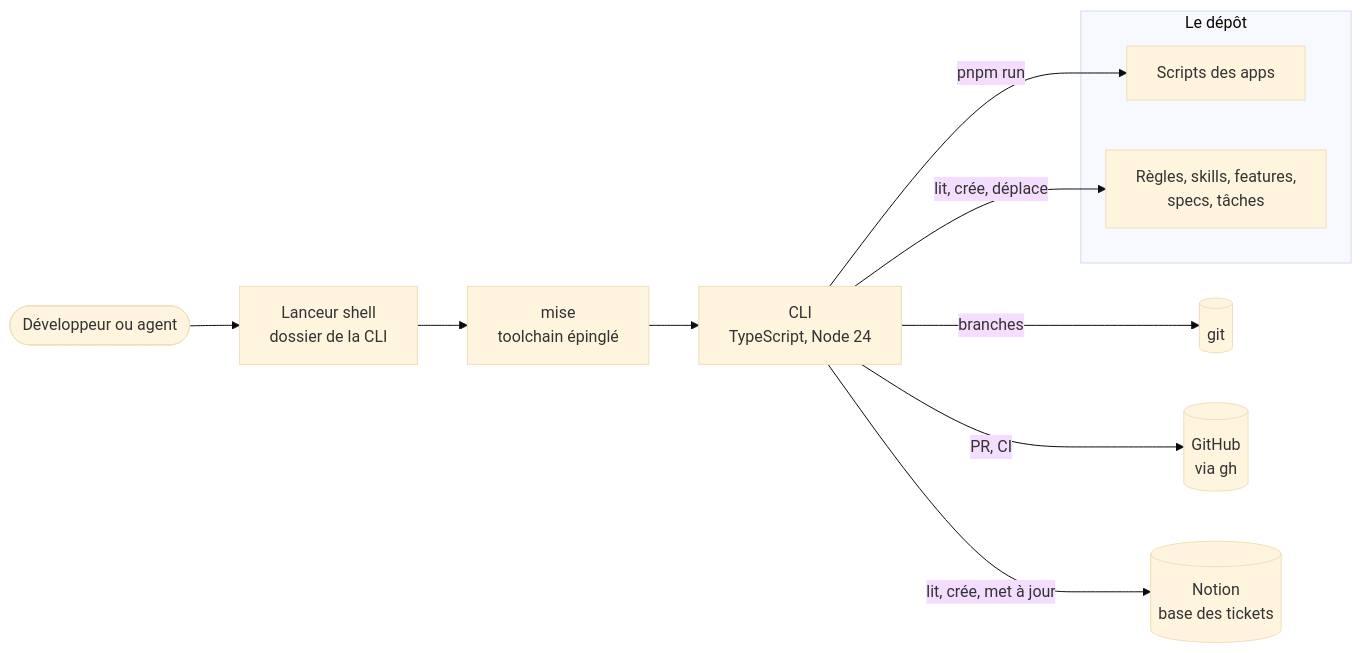
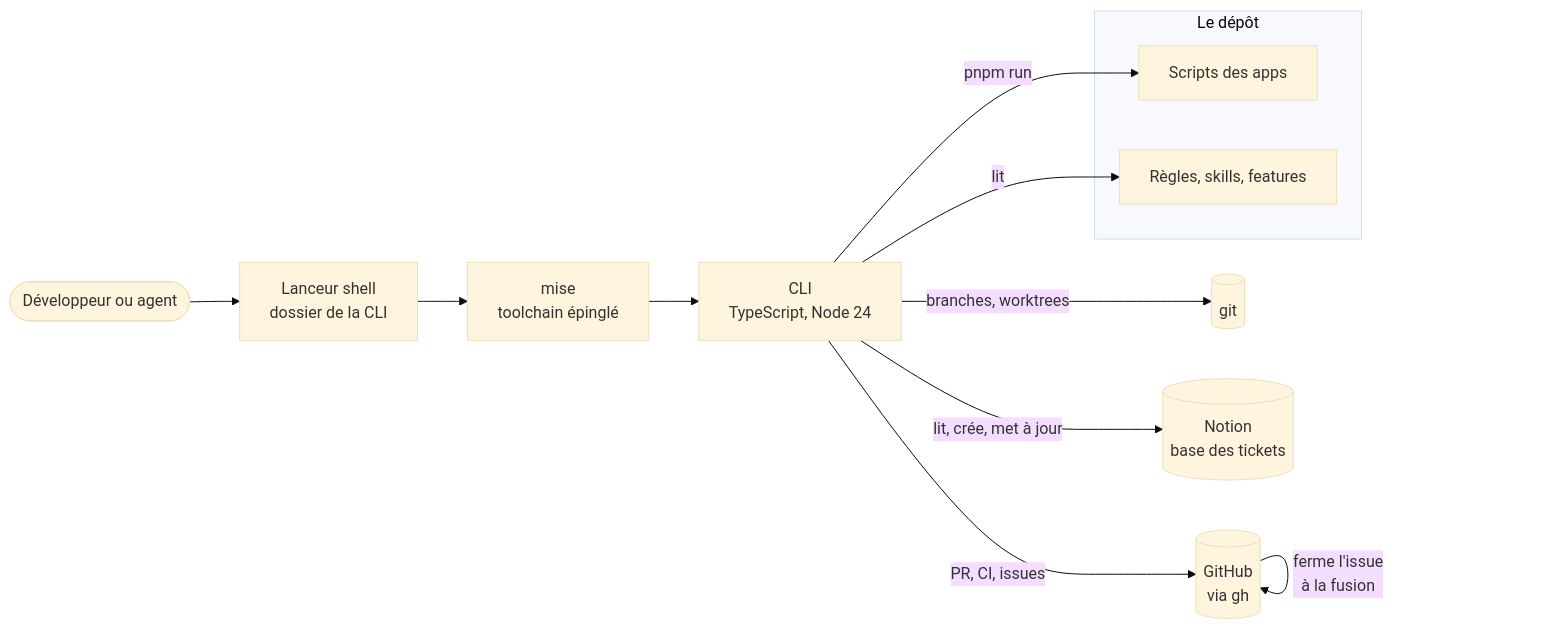
One commit to betagouv/transport-sanitaire changed the diagram in docs/knowledge/adr/cli.md. Above: the diagram before and after it, drawn with Mermaid (base theme). The commit also changed other lines of this file and 51 other files, not shown here.

First line of the commit message:
refactor(cli): retire les specs et docs/tasks au profit des issues

````diff
--- a/docs/knowledge/adr/cli.md
+++ b/docs/knowledge/adr/cli.md
@@ -122,23 +171,24 @@
 ```mermaid
 flowchart LR
     Dev(["Développeur ou agent"])
     Lanceur["Lanceur shell<br/>dossier de la CLI"]
     Mise["mise<br/>toolchain épinglé"]
     CLI["CLI<br/>TypeScript, Node 24"]
 
     subgraph depot["Le dépôt"]
         Scripts["Scripts des apps"]
-        Docs["Règles, skills, features,<br/>specs, tâches"]
+        Docs["Règles, skills, features"]
     end
 
     Git[("git")]
     GitHub[("GitHub<br/>via gh")]
     Notion[("Notion<br/>base des tickets")]
 
     Dev --> Lanceur --> Mise --> CLI
     CLI -->|"pnpm run"| Scripts
-    CLI -->|"lit, crée, déplace"| Docs
-    CLI -->|"branches"| Git
-    CLI -->|"PR, CI"| GitHub
+    CLI -->|"lit"| Docs
+    CLI -->|"branches, worktrees"| Git
+    CLI -->|"PR, CI, issues"| GitHub
+    GitHub -->|"ferme l'issue<br/>à la fusion"| GitHub
     CLI -->|"lit, crée, met à jour"| Notion
 ```
````
